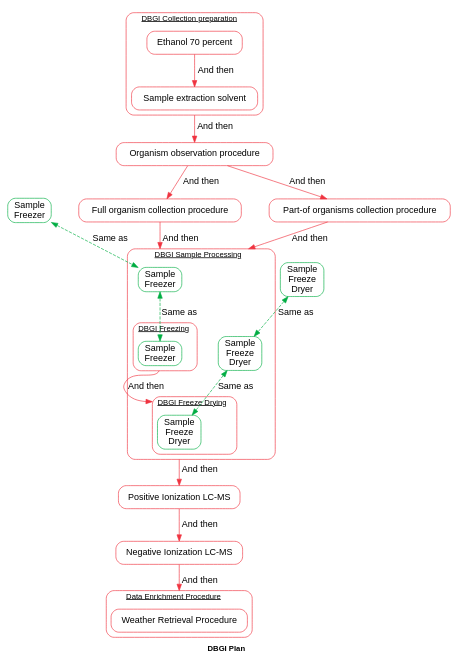
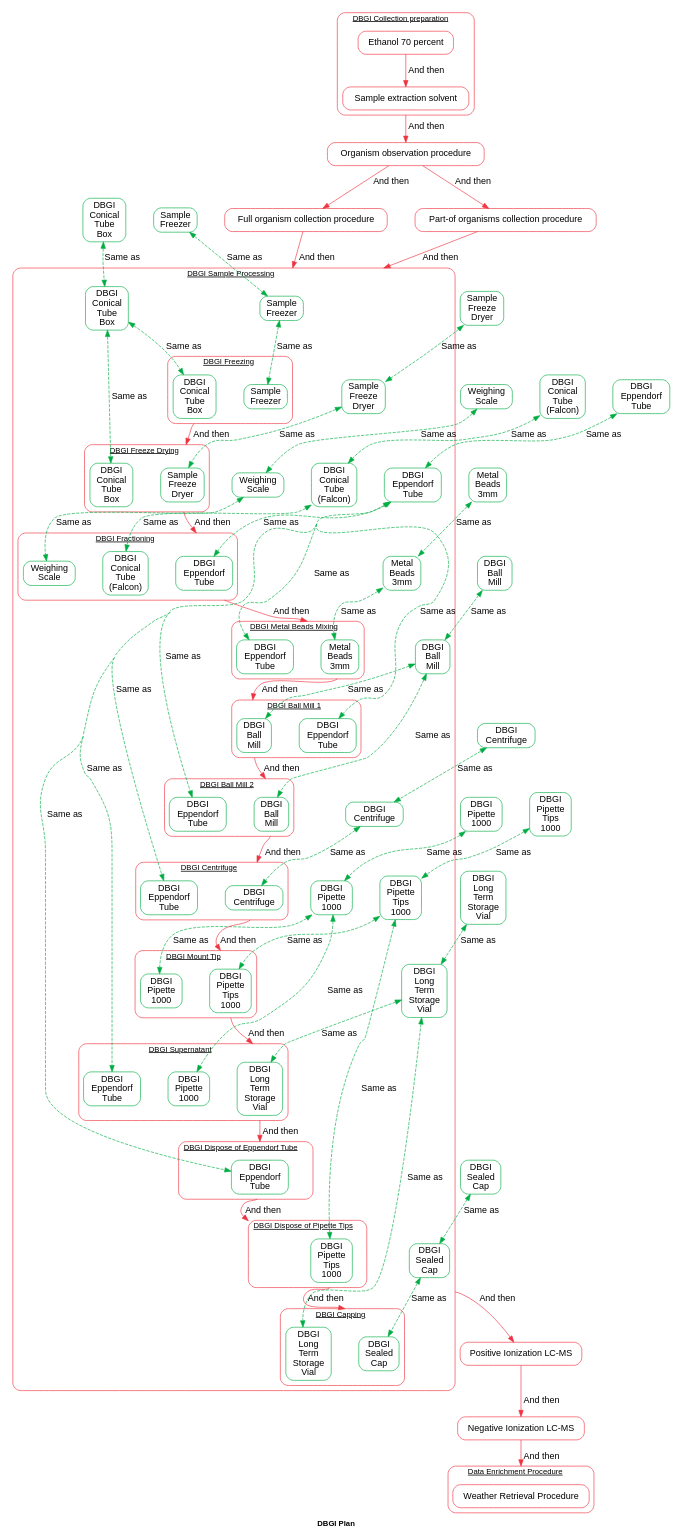
The diagram in data_migrations/init_migration/test_init_migration.dot (earth-metabolome-initiative/emi-monorepo), drawn with Graphviz before and after one commit. The commit also changed 210 other files, not shown here.

```diff
--- a/data_migrations/init_migration/test_init_migration.dot
+++ b/data_migrations/init_migration/test_init_migration.dot
@@ -11,10 +11,32 @@
 	];
 	node [style=rounded, fontname="Helvetica"];
 	edge [fontname="Helvetica"];
-    T5 [label="Sample\nFreezer", shape=box, color="#00ad43"];
-    T6 [label="Sample\nFreeze\nDryer", shape=box, color="#00ad43"];
-    T5 -> T3 [dir=both, style=dashed, color="#00ad43", label="Same as"];
-    T6 -> T4 [dir=both, style=dashed, color="#00ad43", label="Same as"];
+    T38 [label="Sample\nFreezer", shape=box, color="#00ad43"];
+    T39 [label="DBGI\nConical\nTube\nBox", shape=box, color="#00ad43"];
+    T40 [label="Sample\nFreeze\nDryer", shape=box, color="#00ad43"];
+    T41 [label="Weighing\nScale", shape=box, color="#00ad43"];
+    T42 [label="DBGI\nConical\nTube\n(Falcon)", shape=box, color="#00ad43"];
+    T43 [label="DBGI\nEppendorf\nTube", shape=box, color="#00ad43"];
+    T44 [label="Metal\nBeads\n3mm", shape=box, color="#00ad43"];
+    T45 [label="DBGI\nBall\nMill", shape=box, color="#00ad43"];
+    T46 [label="DBGI\nCentrifuge", shape=box, color="#00ad43"];
+    T47 [label="DBGI\nPipette\n1000", shape=box, color="#00ad43"];
+    T48 [label="DBGI\nPipette\nTips\n1000", shape=box, color="#00ad43"];
+    T49 [label="DBGI\nLong\nTerm\nStorage\nVial", shape=box, color="#00ad43"];
+    T50 [label="DBGI\nSealed\nCap", shape=box, color="#00ad43"];
+    T38 -> T25 [dir=both, style=dashed, color="#00ad43", label="Same as"];
+    T39 -> T26 [dir=both, style=dashed, color="#00ad43", label="Same as"];
+    T40 -> T27 [dir=both, style=dashed, color="#00ad43", label="Same as"];
+    T41 -> T28 [dir=both, style=dashed, color="#00ad43", label="Same as"];
+    T42 -> T29 [dir=both, style=dashed, color="#00ad43", label="Same as"];
+    T43 -> T30 [dir=both, style=dashed, color="#00ad43", label="Same as"];
+    T44 -> T31 [dir=both, style=dashed, color="#00ad43", label="Same as"];
+    T45 -> T32 [dir=both, style=dashed, color="#00ad43", label="Same as"];
+    T46 -> T33 [dir=both, style=dashed, color="#00ad43", label="Same as"];
+    T47 -> T34 [dir=both, style=dashed, color="#00ad43", label="Same as"];
+    T48 -> T35 [dir=both, style=dashed, color="#00ad43", label="Same as"];
+    T49 -> T36 [dir=both, style=dashed, color="#00ad43", label="Same as"];
+    T50 -> T37 [dir=both, style=dashed, color="#00ad43", label="Same as"];
 subgraph cluster__0 {
 	label=<<U>DBGI Collection preparation</U>>;
 	style="rounded";
@@ -27,41 +49,156 @@
 	label=<<U>DBGI Sample Processing</U>>;
 	style="rounded";
 	color="#EF3340";
-    T3 [label="Sample\nFreezer", shape=box, color="#00ad43"];
-    T4 [label="Sample\nFreeze\nDryer", shape=box, color="#00ad43"];
-    T3 -> T1 [dir=both, style=dashed, color="#00ad43", label="Same as"];
-    T4 -> T2 [dir=both, style=dashed, color="#00ad43", label="Same as"];
+    T25 [label="Sample\nFreezer", shape=box, color="#00ad43"];
+    T26 [label="DBGI\nConical\nTube\nBox", shape=box, color="#00ad43"];
+    T27 [label="Sample\nFreeze\nDryer", shape=box, color="#00ad43"];
+    T28 [label="Weighing\nScale", shape=box, color="#00ad43"];
+    T29 [label="DBGI\nConical\nTube\n(Falcon)", shape=box, color="#00ad43"];
+    T30 [label="DBGI\nEppendorf\nTube", shape=box, color="#00ad43"];
+    T31 [label="Metal\nBeads\n3mm", shape=box, color="#00ad43"];
+    T32 [label="DBGI\nBall\nMill", shape=box, color="#00ad43"];
+    T33 [label="DBGI\nCentrifuge", shape=box, color="#00ad43"];
+    T34 [label="DBGI\nPipette\n1000", shape=box, color="#00ad43"];
+    T35 [label="DBGI\nPipette\nTips\n1000", shape=box, color="#00ad43"];
+    T36 [label="DBGI\nLong\nTerm\nStorage\nVial", shape=box, color="#00ad43"];
+    T37 [label="DBGI\nSealed\nCap", shape=box, color="#00ad43"];
+    T25 -> T1 [dir=both, style=dashed, color="#00ad43", label="Same as"];
+    T26 -> T2 [dir=both, style=dashed, color="#00ad43", label="Same as"];
+    T26 -> T3 [dir=both, style=dashed, color="#00ad43", label="Same as"];
+    T27 -> T4 [dir=both, style=dashed, color="#00ad43", label="Same as"];
+    T28 -> T5 [dir=both, style=dashed, color="#00ad43", label="Same as"];
+    T29 -> T6 [dir=both, style=dashed, color="#00ad43", label="Same as"];
+    T30 -> T7 [dir=both, style=dashed, color="#00ad43", label="Same as"];
+    T30 -> T8 [dir=both, style=dashed, color="#00ad43", label="Same as"];
+    T30 -> T10 [dir=both, style=dashed, color="#00ad43", label="Same as"];
+    T30 -> T12 [dir=both, style=dashed, color="#00ad43", label="Same as"];
+    T30 -> T14 [dir=both, style=dashed, color="#00ad43", label="Same as"];
+    T30 -> T18 [dir=both, style=dashed, color="#00ad43", label="Same as"];
+    T30 -> T23 [dir=both, style=dashed, color="#00ad43", label="Same as"];
+    T31 -> T9 [dir=both, style=dashed, color="#00ad43", label="Same as"];
+    T32 -> T11 [dir=both, style=dashed, color="#00ad43", label="Same as"];
+    T32 -> T13 [dir=both, style=dashed, color="#00ad43", label="Same as"];
+    T33 -> T15 [dir=both, style=dashed, color="#00ad43", label="Same as"];
+    T34 -> T16 [dir=both, style=dashed, color="#00ad43", label="Same as"];
+    T34 -> T19 [dir=both, style=dashed, color="#00ad43", label="Same as"];
+    T35 -> T17 [dir=both, style=dashed, color="#00ad43", label="Same as"];
+    T35 -> T24 [dir=both, style=dashed, color="#00ad43", label="Same as"];
+    T36 -> T20 [dir=both, style=dashed, color="#00ad43", label="Same as"];
+    T36 -> T21 [dir=both, style=dashed, color="#00ad43", label="Same as"];
+    T37 -> T22 [dir=both, style=dashed, color="#00ad43", label="Same as"];
 subgraph cluster__1_0 {
 	label=<<U>DBGI Freezing</U>>;
 	style="rounded";
 	color="#EF3340";
     T1 [label="Sample\nFreezer", shape=box, color="#00ad43"];
+    T2 [label="DBGI\nConical\nTube\nBox", shape=box, color="#00ad43"];
 }
 subgraph cluster__1_1 {
 	label=<<U>DBGI Freeze Drying</U>>;
 	style="rounded";
 	color="#EF3340";
-    T2 [label="Sample\nFreeze\nDryer", shape=box, color="#00ad43"];
+    T3 [label="DBGI\nConical\nTube\nBox", shape=box, color="#00ad43"];
+    T4 [label="Sample\nFreeze\nDryer", shape=box, color="#00ad43"];
 }
-    T1:s -> T2:n [label="And then", color="#EF3340", ltail=cluster__1_0, lhead=cluster__1_1];
+subgraph cluster__1_2 {
+	label=<<U>DBGI Fractioning</U>>;
+	style="rounded";
+	color="#EF3340";
+    T5 [label="Weighing\nScale", shape=box, color="#00ad43"];
+    T6 [label="DBGI\nConical\nTube\n(Falcon)", shape=box, color="#00ad43"];
+    T7 [label="DBGI\nEppendorf\nTube", shape=box, color="#00ad43"];
 }
-    P8 [label="Positive Ionization LC-MS", shape=box, color="#EF3340"];
-    P9 [label="Negative Ionization LC-MS", shape=box, color="#EF3340"];
-    P10 [label="Organism observation procedure", shape=box, color="#EF3340"];
-    P11 [label="Full organism collection procedure", shape=box, color="#EF3340"];
-    P12 [label="Part-of organisms collection procedure", shape=box, color="#EF3340"];
+subgraph cluster__1_3 {
+	label=<<U>DBGI Metal Beads Mixing</U>>;
+	style="rounded";
+	color="#EF3340";
+    T8 [label="DBGI\nEppendorf\nTube", shape=box, color="#00ad43"];
+    T9 [label="Metal\nBeads\n3mm", shape=box, color="#00ad43"];
+}
+subgraph cluster__1_4 {
+	label=<<U>DBGI Ball Mill 1</U>>;
+	style="rounded";
+	color="#EF3340";
+    T10 [label="DBGI\nEppendorf\nTube", shape=box, color="#00ad43"];
+    T11 [label="DBGI\nBall\nMill", shape=box, color="#00ad43"];
+}
+subgraph cluster__1_5 {
+	label=<<U>DBGI Ball Mill 2</U>>;
+	style="rounded";
+	color="#EF3340";
+    T12 [label="DBGI\nEppendorf\nTube", shape=box, color="#00ad43"];
+    T13 [label="DBGI\nBall\nMill", shape=box, color="#00ad43"];
+}
+subgraph cluster__1_6 {
+	label=<<U>DBGI Centrifuge</U>>;
+	style="rounded";
+	color="#EF3340";
+    T14 [label="DBGI\nEppendorf\nTube", shape=box, color="#00ad43"];
+    T15 [label="DBGI\nCentrifuge", shape=box, color="#00ad43"];
+}
+subgraph cluster__1_7 {
+	label=<<U>DBGI Mount Tip</U>>;
+	style="rounded";
+	color="#EF3340";
+    T16 [label="DBGI\nPipette\n1000", shape=box, color="#00ad43"];
+    T17 [label="DBGI\nPipette\nTips\n1000", shape=box, color="#00ad43"];
+}
+subgraph cluster__1_8 {
+	label=<<U>DBGI Supernatant</U>>;
+	style="rounded";
+	color="#EF3340";
+    T18 [label="DBGI\nEppendorf\nTube", shape=box, color="#00ad43"];
+    T19 [label="DBGI\nPipette\n1000", shape=box, color="#00ad43"];
+    T20 [label="DBGI\nLong\nTerm\nStorage\nVial", shape=box, color="#00ad43"];
+}
+subgraph cluster__1_9 {
+	label=<<U>DBGI Capping</U>>;
+	style="rounded";
+	color="#EF3340";
+    T21 [label="DBGI\nLong\nTerm\nStorage\nVial", shape=box, color="#00ad43"];
+    T22 [label="DBGI\nSealed\nCap", shape=box, color="#00ad43"];
+}
+subgraph cluster__1_10 {
+	label=<<U>DBGI Dispose of Eppendorf Tube</U>>;
+	style="rounded";
+	color="#EF3340";
+    T23 [label="DBGI\nEppendorf\nTube", shape=box, color="#00ad43"];
+}
+subgraph cluster__1_11 {
+	label=<<U>DBGI Dispose of Pipette Tips</U>>;
+	style="rounded";
+	color="#EF3340";
+    T24 [label="DBGI\nPipette\nTips\n1000", shape=box, color="#00ad43"];
+}
+    T2:s -> T4:n [label="And then", color="#EF3340", ltail=cluster__1_0, lhead=cluster__1_1];
+    T4:s -> T7:n [label="And then", color="#EF3340", ltail=cluster__1_1, lhead=cluster__1_2];
+    T7:s -> T9:n [label="And then", color="#EF3340", ltail=cluster__1_2, lhead=cluster__1_3];
+    T9:s -> T11:n [label="And then", color="#EF3340", ltail=cluster__1_3, lhead=cluster__1_4];
+    T11:s -> T13:n [label="And then", color="#EF3340", ltail=cluster__1_4, lhead=cluster__1_5];
+    T13:s -> T15:n [label="And then", color="#EF3340", ltail=cluster__1_5, lhead=cluster__1_6];
+    T15:s -> T17:n [label="And then", color="#EF3340", ltail=cluster__1_6, lhead=cluster__1_7];
+    T17:s -> T20:n [label="And then", color="#EF3340", ltail=cluster__1_7, lhead=cluster__1_8];
+    T20:s -> T23:n [label="And then", color="#EF3340", ltail=cluster__1_8, lhead=cluster__1_10];
+    T23:s -> T24:n [label="And then", color="#EF3340", ltail=cluster__1_10, lhead=cluster__1_11];
+    T24:s -> T22:n [label="And then", color="#EF3340", ltail=cluster__1_11, lhead=cluster__1_9];
+}
+    P18 [label="Positive Ionization LC-MS", shape=box, color="#EF3340"];
+    P19 [label="Negative Ionization LC-MS", shape=box, color="#EF3340"];
+    P20 [label="Organism observation procedure", shape=box, color="#EF3340"];
+    P21 [label="Full organism collection procedure", shape=box, color="#EF3340"];
+    P22 [label="Part-of organisms collection procedure", shape=box, color="#EF3340"];
 subgraph cluster__7 {
 	label=<<U>Data Enrichment Procedure</U>>;
 	style="rounded";
 	color="#EF3340";
-	P14 [label="Weather Retrieval Procedure", shape=box, color="#EF3340"];
+	P24 [label="Weather Retrieval Procedure", shape=box, color="#EF3340"];
 }
-    P4 -> P10 [label="And then", color="#EF3340", ltail=cluster__0];
-    T2 -> P8 [label="And then", color="#EF3340", ltail=cluster__1];
-    P8 -> P9 [label="And then", color="#EF3340"];
-    P9 -> P14 [label="And then", color="#EF3340", lhead=cluster__7];
-    P10 -> P11 [label="And then", color="#EF3340"];
-    P10 -> P12 [label="And then", color="#EF3340"];
-    P11 -> T3 [label="And then", color="#EF3340", lhead=cluster__1];
-    P12 -> T3 [label="And then", color="#EF3340", lhead=cluster__1];
+    P4 -> P20 [label="And then", color="#EF3340", ltail=cluster__0];
+    T24 -> P18 [label="And then", color="#EF3340", ltail=cluster__1];
+    P18 -> P19 [label="And then", color="#EF3340"];
+    P19 -> P24 [label="And then", color="#EF3340", lhead=cluster__7];
+    P20 -> P21 [label="And then", color="#EF3340"];
+    P20 -> P22 [label="And then", color="#EF3340"];
+    P21 -> T25 [label="And then", color="#EF3340", lhead=cluster__1];
+    P22 -> T25 [label="And then", color="#EF3340", lhead=cluster__1];
 }
```
